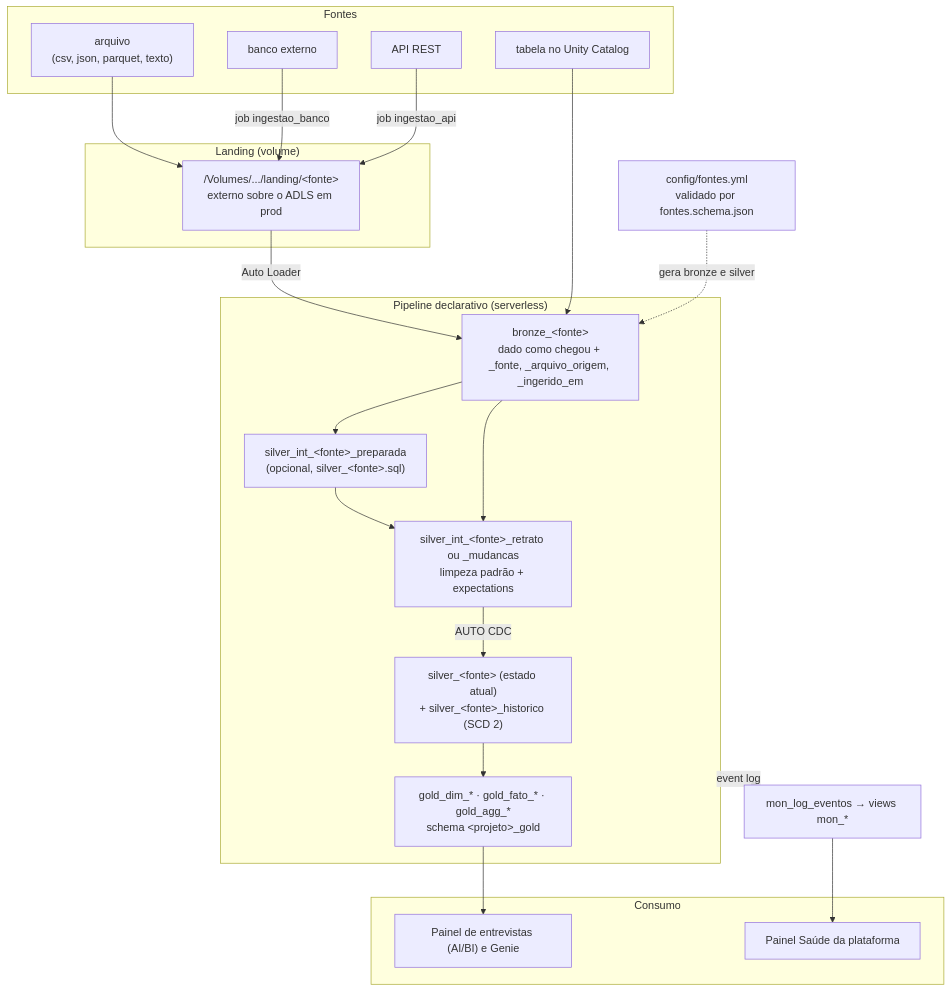
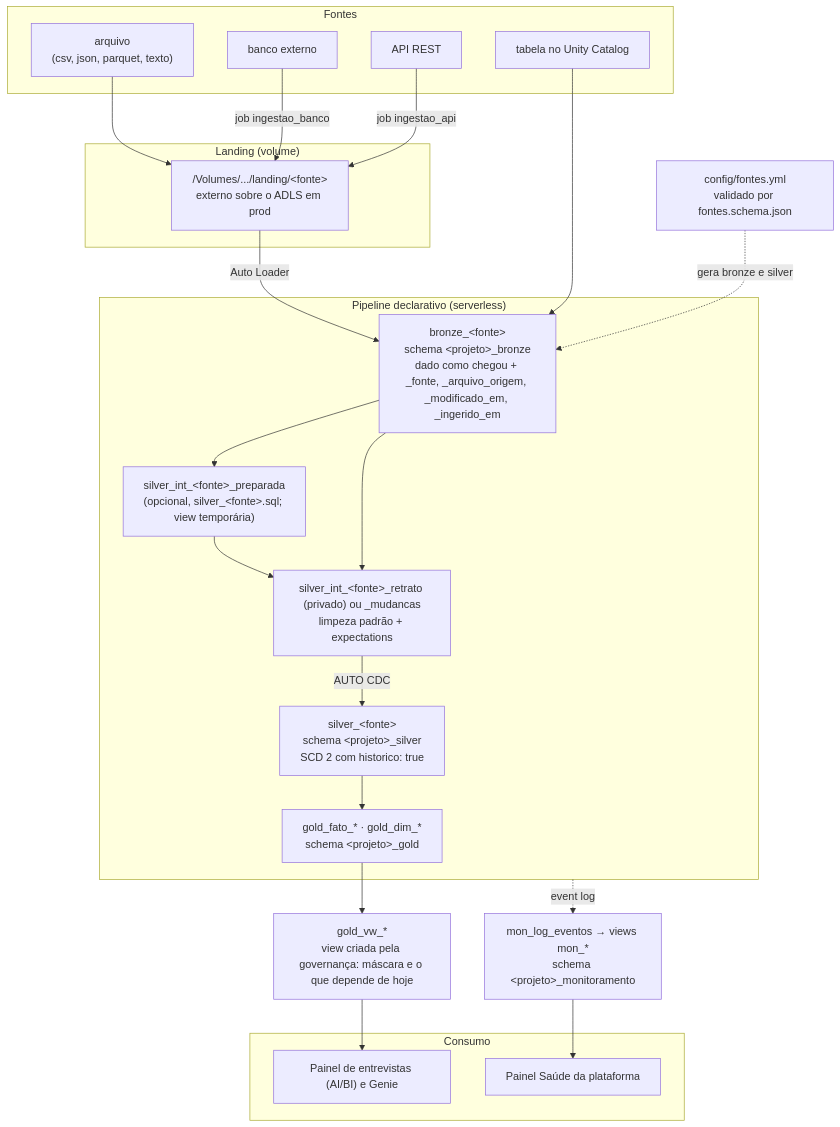
Before and after one commit to JoaoGama-dev/databricks-lakehouse-essentials: the first of 2 diagrams in docs/arquitetura.md, drawn with Mermaid. The commit also changed other lines of this file and 26 other files, not shown here.

First line of the commit message:
Documenta o exemplo enxuto: schemas por camada, silver única e view

````diff
--- a/docs/arquitetura.md
+++ b/docs/arquitetura.md
@@ -8,42 +8,45 @@
 ```mermaid
 flowchart TD
     cfg["config/fontes.yml<br/>validado por fontes.schema.json"]
 
     subgraph fontes["Fontes"]
         arq["arquivo<br/>(csv, json, parquet, texto)"]
         tab["tabela no Unity Catalog"]
         bco["banco externo"]
         api["API REST"]
     end
 
     subgraph landing["Landing (volume)"]
         vol["/Volumes/.../landing/#60;fonte#62;<br/>externo sobre o ADLS em prod"]
     end
 
     subgraph pipeline["Pipeline declarativo (serverless)"]
-        bronze["bronze_#60;fonte#62;<br/>dado como chegou + _fonte, _arquivo_origem, _ingerido_em"]
-        prep["silver_int_#60;fonte#62;_preparada<br/>(opcional, silver_#60;fonte#62;.sql)"]
-        valid["silver_int_#60;fonte#62;_retrato ou _mudancas<br/>limpeza padrão + expectations"]
-        silver["silver_#60;fonte#62; (estado atual)<br/>+ silver_#60;fonte#62;_historico (SCD 2)"]
-        gold["gold_dim_* · gold_fato_* · gold_agg_*<br/>schema #60;projeto#62;_gold"]
+        bronze["bronze_#60;fonte#62;<br/>schema #60;projeto#62;_bronze<br/>dado como chegou + _fonte, _arquivo_origem, _modificado_em, _ingerido_em"]
+        prep["silver_int_#60;fonte#62;_preparada<br/>(opcional, silver_#60;fonte#62;.sql; view temporária)"]
+        valid["silver_int_#60;fonte#62;_retrato (privado) ou _mudancas<br/>limpeza padrão + expectations"]
+        silver["silver_#60;fonte#62;<br/>schema #60;projeto#62;_silver<br/>SCD 2 com historico: true"]
+        gold["gold_fato_* · gold_dim_*<br/>schema #60;projeto#62;_gold"]
     end
+
+    vw["gold_vw_*<br/>view criada pela governança: máscara e o que depende de hoje"]
 
     subgraph consumo["Consumo"]
         painel["Painel de entrevistas (AI/BI) e Genie"]
         saude["Painel Saúde da plataforma"]
     end
 
     arq --> vol
     bco -- "job ingestao_banco" --> vol
     api -- "job ingestao_api" --> vol
     vol -- "Auto Loader" --> bronze
     tab --> bronze
     cfg -. "gera bronze e silver" .-> bronze
     bronze --> prep --> valid
     bronze --> valid
     valid -- "AUTO CDC" --> silver
     silver --> gold
-    gold --> painel
-    pipeline -. "event log" .-> mon["mon_log_eventos → views mon_*"]
+    gold --> vw
+    vw --> painel
+    pipeline -. "event log" .-> mon["mon_log_eventos → views mon_*<br/>schema #60;projeto#62;_monitoramento"]
     mon --> saude
 ```
````
